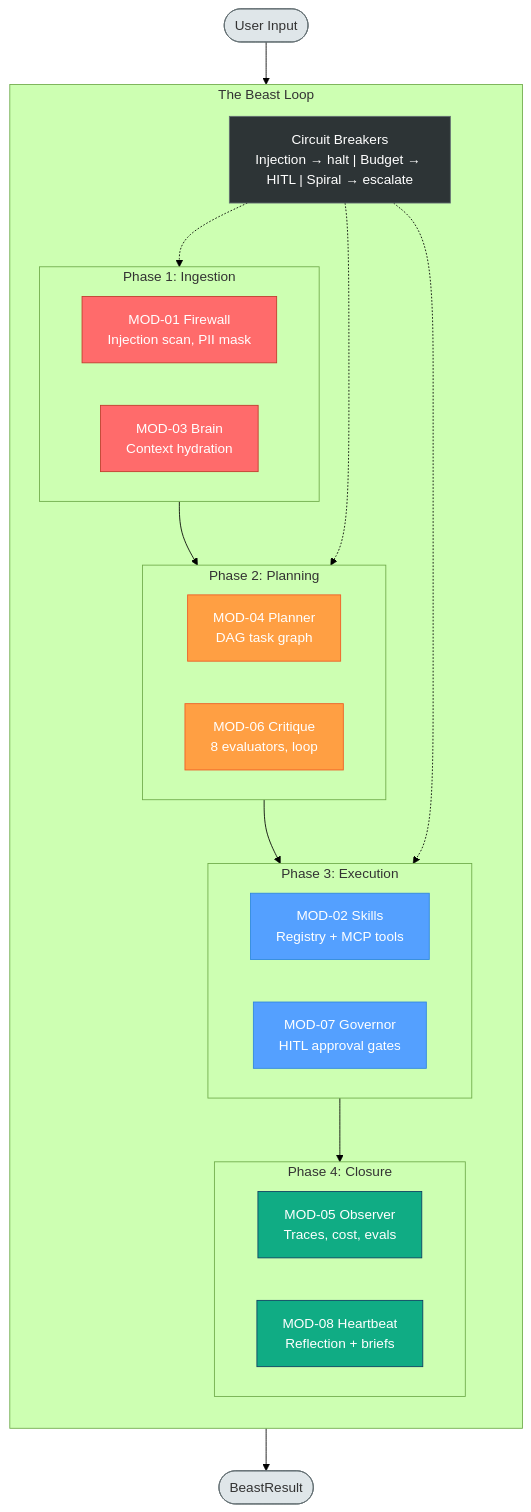
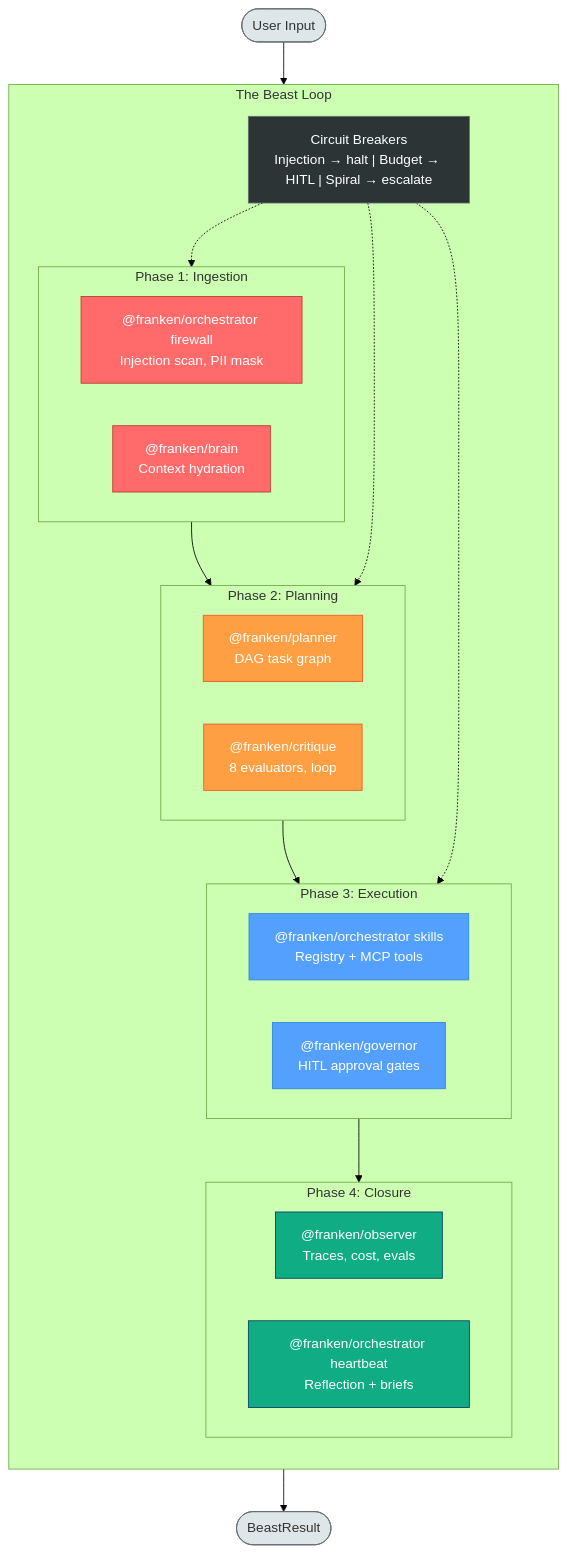
The first of 3 diagrams in README.md (djm204/frankenbeast), drawn with Mermaid (forest theme) before and after one commit. The commit also changed other lines of this file and 3 other files, not shown here.

Commit message:
docs: replace legacy architecture labels

````diff
--- a/README.md
+++ b/README.md
@@ -67,54 +67,54 @@
 ```mermaid
 flowchart TD
     User([User Input])
 
     subgraph Beast["The Beast Loop"]
         direction TB
 
         subgraph P1["Phase 1: Ingestion"]
-            FW["MOD-01 Firewall<br/>Injection scan, PII mask"]
-            MEM["MOD-03 Brain<br/>Context hydration"]
+            FW["@franken/orchestrator firewall<br/>Injection scan, PII mask"]
+            MEM["@franken/brain<br/>Context hydration"]
         end
 
         subgraph P2["Phase 2: Planning"]
-            PL["MOD-04 Planner<br/>DAG task graph"]
-            CR["MOD-06 Critique<br/>8 evaluators, loop"]
+            PL["@franken/planner<br/>DAG task graph"]
+            CR["@franken/critique<br/>8 evaluators, loop"]
         end
 
         subgraph P3["Phase 3: Execution"]
-            SK["MOD-02 Skills<br/>Registry + MCP tools"]
-            GOV["MOD-07 Governor<br/>HITL approval gates"]
+            SK["@franken/orchestrator skills<br/>Registry + MCP tools"]
+            GOV["@franken/governor<br/>HITL approval gates"]
         end
 
         subgraph P4["Phase 4: Closure"]
-            OB["MOD-05 Observer<br/>Traces, cost, evals"]
-            HB["MOD-08 Heartbeat<br/>Reflection + briefs"]
+            OB["@franken/observer<br/>Traces, cost, evals"]
+            HB["@franken/orchestrator heartbeat<br/>Reflection + briefs"]
         end
 
         CB["Circuit Breakers<br/>Injection → halt | Budget → HITL | Spiral → escalate"]
 
         P1 --> P2 --> P3 --> P4
         CB -.-> P1
         CB -.-> P2
         CB -.-> P3
     end
 
     Result([BeastResult])
 
     User --> P1
     P4 --> Result
 
     classDef phase1 fill:#ff6b6b,stroke:#c0392b,color:#fff
     classDef phase2 fill:#ff9f43,stroke:#ee5a24,color:#fff
     classDef phase3 fill:#54a0ff,stroke:#2e86de,color:#fff
     classDef phase4 fill:#10ac84,stroke:#0a3d62,color:#fff
     classDef breaker fill:#2d3436,stroke:#636e72,color:#fff
     classDef external fill:#dfe6e9,stroke:#636e72,color:#333
 
     class FW,MEM phase1
     class PL,CR phase2
     class SK,GOV phase3
     class OB,HB phase4
     class CB breaker
     class User,Result external
 ```
````
